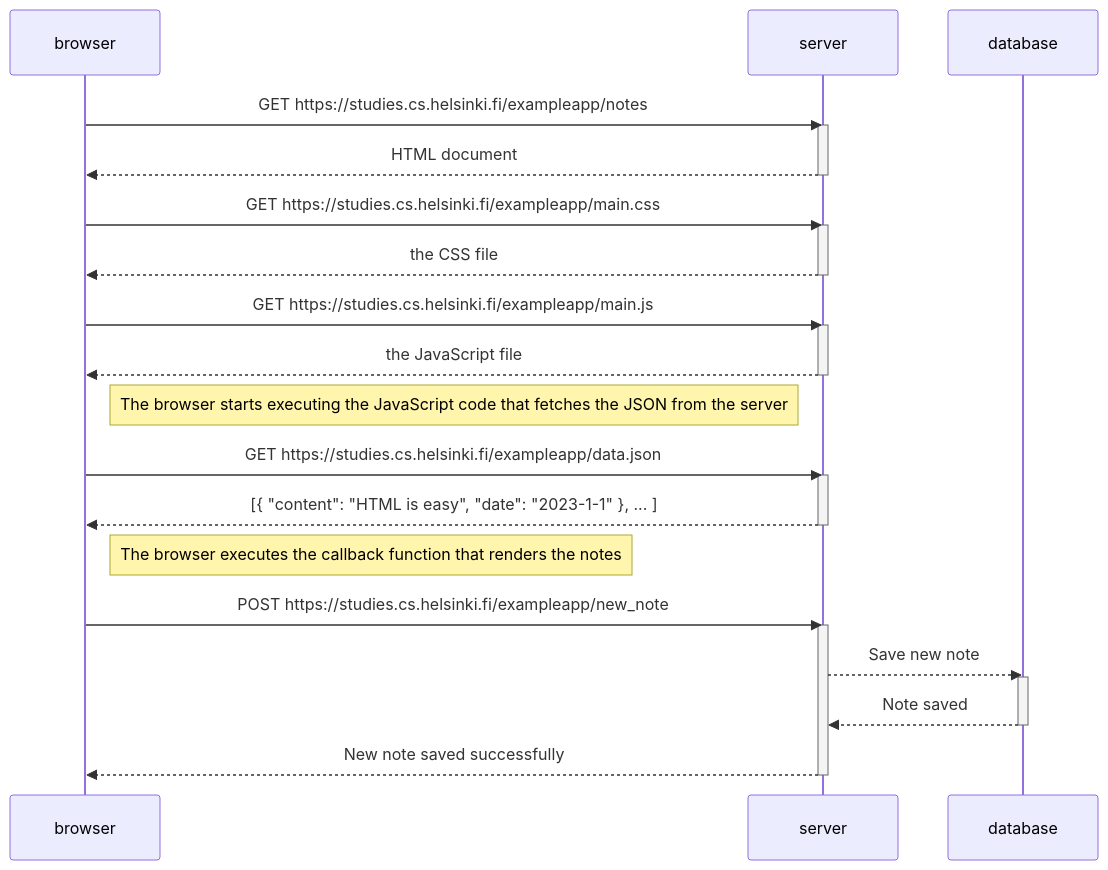
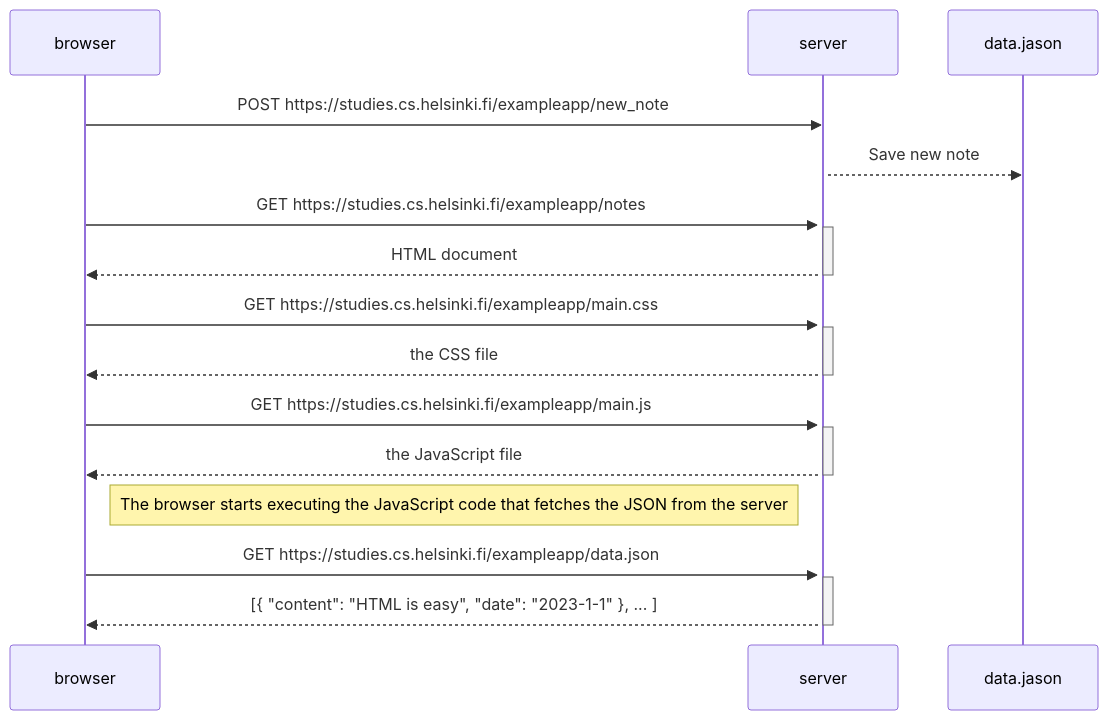
One commit to Nadim-2022/Python_koodit changed the diagram in README.md. Above: the diagram before and after it, drawn with Mermaid. The commit also changed other lines of this file, not shown here.

````diff
--- a/README.md
+++ b/README.md
@@ -46,40 +39,31 @@
 ```mermaid
 sequenceDiagram
     participant browser
     participant server
-    participant database
+    
+    browser->>server: POST https://studies.cs.helsinki.fi/exampleapp/new_note
+    activate server
+    server-->>data.jason: Save new note
 
     browser->>server: GET https://studies.cs.helsinki.fi/exampleapp/notes
     activate server
     server-->>browser: HTML document
     deactivate server
 
     browser->>server: GET https://studies.cs.helsinki.fi/exampleapp/main.css
     activate server
     server-->>browser: the CSS file
     deactivate server
 
     browser->>server: GET https://studies.cs.helsinki.fi/exampleapp/main.js
     activate server
     server-->>browser: the JavaScript file
     deactivate server
 
     Note right of browser: The browser starts executing the JavaScript code that fetches the JSON from the server
 
     browser->>server: GET https://studies.cs.helsinki.fi/exampleapp/data.json
     activate server
     server-->>browser: [{ "content": "HTML is easy", "date": "2023-1-1" }, ... ]
     deactivate server
-
-    Note right of browser: The browser executes the callback function that renders the notes
-
-    browser->>server: POST https://studies.cs.helsinki.fi/exampleapp/new_note
-    activate server
-    server-->>database: Save new note
-    activate database
-    database-->>server: Note saved
-    deactivate database
-    server-->>browser: New note saved successfully
-    deactivate server
-
 ```
````
